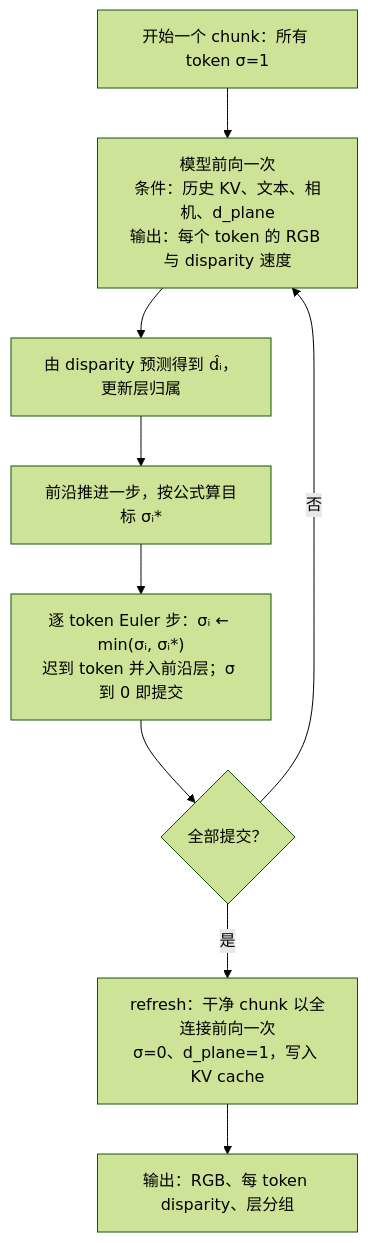
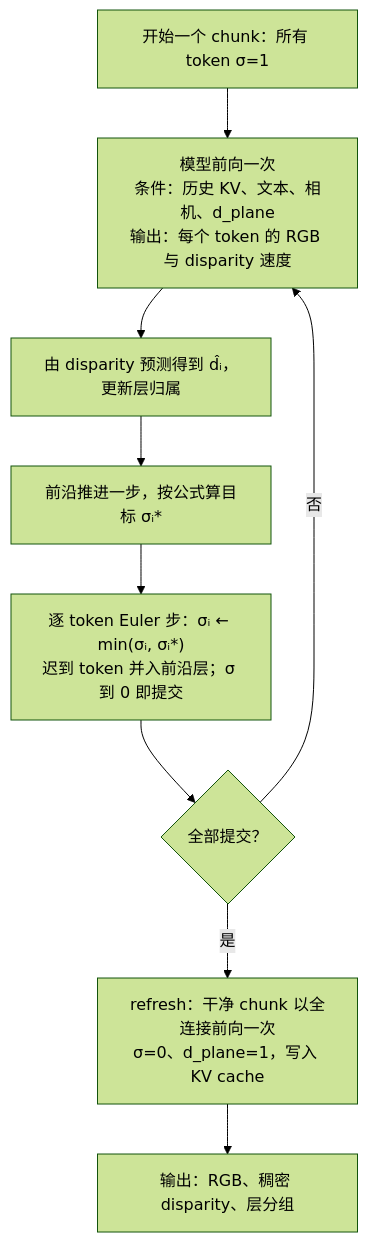
One commit to legallchaperone/WaveFront changed the third of 3 diagrams in docs/WaveFront_Proposal.md. Above: the diagram before and after it, drawn with Mermaid (forest theme). The commit also changed other lines of this file and 2 other files, not shown here.

First line of the commit message:
docs(proposal): dense disparity, linear d with γ for layering only, the a rule

````diff
--- a/docs/WaveFront_Proposal.md
+++ b/docs/WaveFront_Proposal.md
@@ -268,11 +270,11 @@
 ```mermaid
 flowchart TD
     A["开始一个 chunk：所有 token σ=1"] --> B["模型前向一次<br/>条件：历史 KV、文本、相机、d_plane<br/>输出：每个 token 的 RGB 与 disparity 速度"]
     B --> C["由 disparity 预测得到 d̂ᵢ，更新层归属"]
     C --> D["前沿推进一步，按公式算目标 σᵢ*"]
     D --> E["逐 token Euler 步：σᵢ ← min(σᵢ, σᵢ*)<br/>迟到 token 并入前沿层；σ 到 0 即提交"]
     E --> F{"全部提交？"}
     F -- 否 --> B
     F -- 是 --> G["refresh：干净 chunk 以全连接前向一次<br/>σ=0、d_plane=1，写入 KV cache"]
-    G --> H["输出：RGB、每 token disparity、层分组"]
+    G --> H["输出：RGB、稠密 disparity、层分组"]
 ```
````
